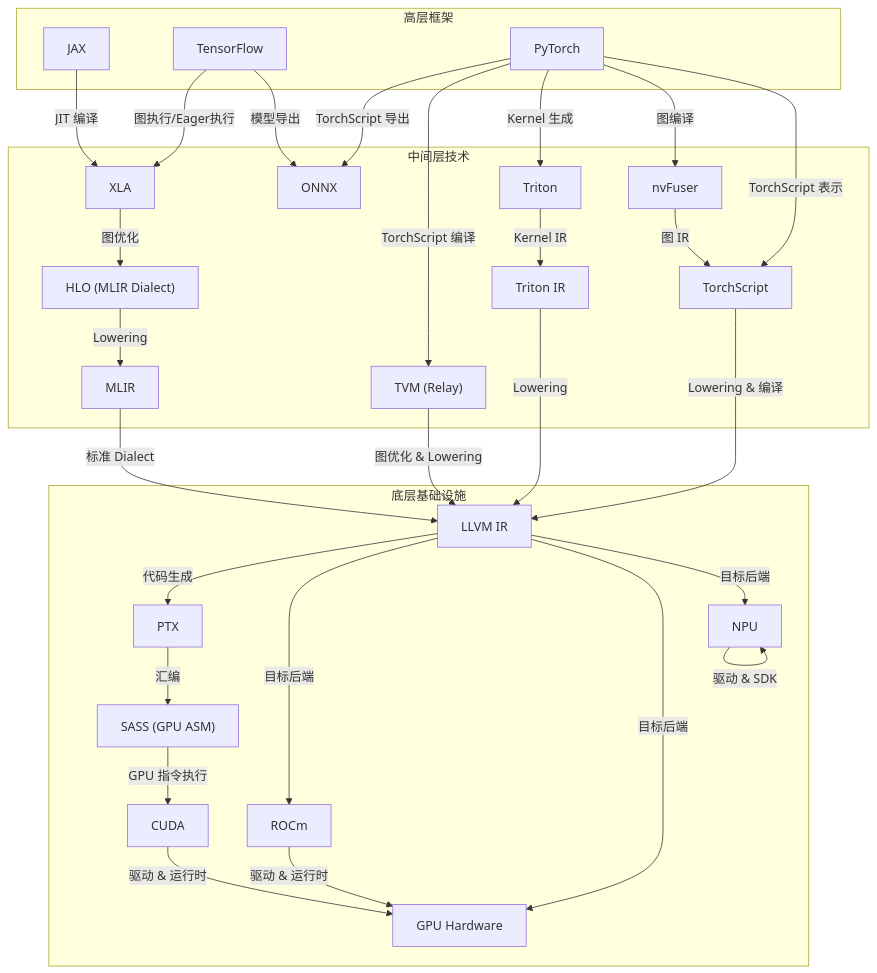
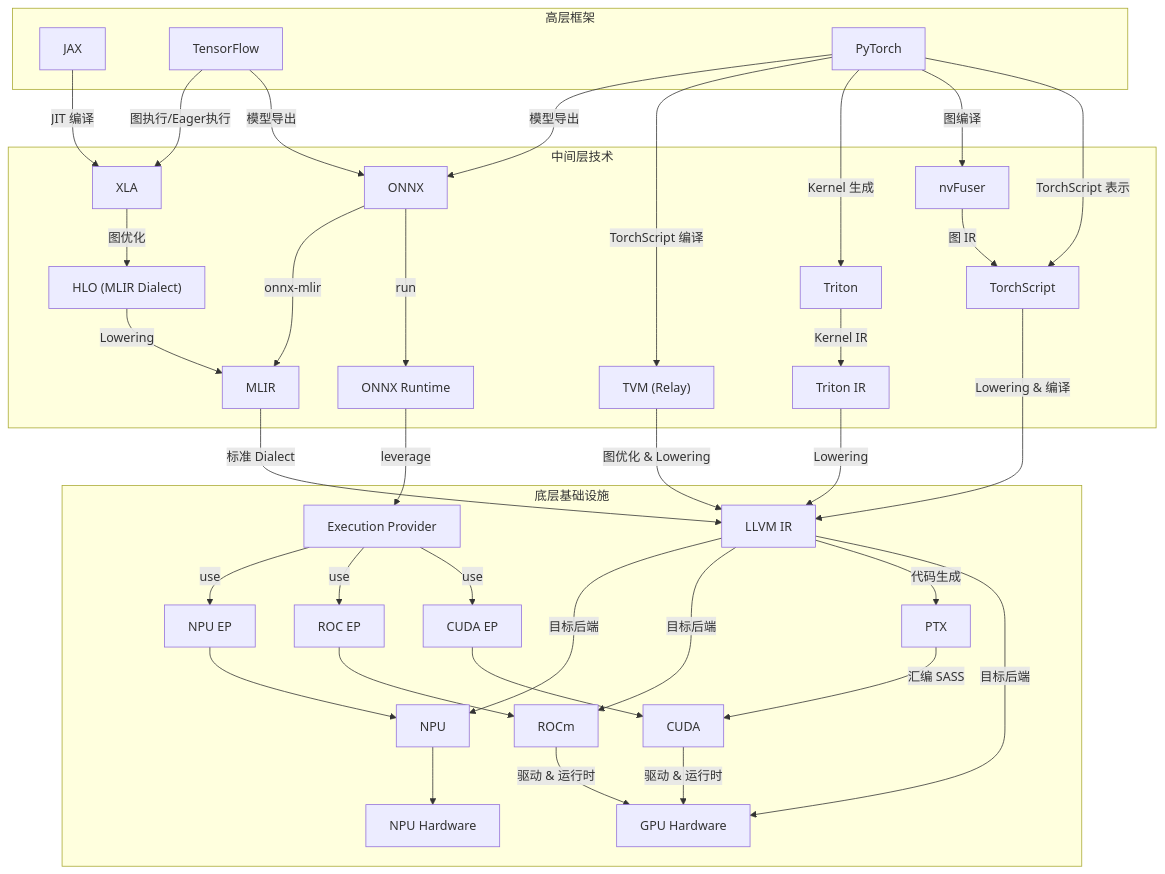
The diagram in content/posts/compiler/gpu.md (douyixuan/douyixuan.github.io), drawn with Mermaid before and after one commit. The commit also changed other lines of this file, not shown here.

Commit message:
doc: add gpu tecnical stack research

````diff
--- a/content/posts/compiler/gpu.md
+++ b/content/posts/compiler/gpu.md
@@ -23,67 +25,78 @@
 ```mermaid
 graph TD
-    %% ──────── 高层框架 ────────
     subgraph 高层框架
-        JAX[JAX]
-        TF[TensorFlow]
-        PT[PyTorch]
+        JAX[JAX];
+        TF[TensorFlow];
+        PT[PyTorch];
     end
 
-    %% ──────── 中间层技术 ────────
     subgraph 中间层技术
-        MLIR[MLIR]
-        Triton[Triton]
-        ONNX[ONNX]
-        TVM["TVM (Relay)"]
-        XLA[XLA]
-        HLO["HLO (MLIR Dialect)"]
-        TritonIR[Triton IR]
-        TorchScript
-        nvFuser
+        MLIR[MLIR];
+        Triton[Triton];
+        ONNX[ONNX];
+        ORT[ONNX Runtime];
+        TVM["TVM (Relay)"];
+        XLA[XLA];
+        HLO["HLO (MLIR Dialect)"];
+        TritonIR[Triton IR];
+        TorchScript;
+        nvFuser;
     end
 
-    %% ──────── 底层基础设施 ────────
     subgraph 底层基础设施
-        LLVM[LLVM IR]
-        PTX
-        SASS["SASS (GPU ASM)"]
-        CUDA[CUDA]
-        ROCm
-        GPU[GPU Hardware]
-        NPU
+        LLVM[LLVM IR];
+        PTX;
+        EP[Execution Provider];
+        CUDA[CUDA];
+        ROCm;
+        NPU;
+        NPUHD[NPU Hardware];
+        CUDAEP[CUDA EP];
+        ROCmEP[ROC EP];
+        NPUEP[NPU EP];
+        GPU[GPU Hardware];
     end
 
-    %% ──────── 框架到编译技术关系 ────────
-    TF -- "图执行/Eager执行" --> XLA
-    TF -- "模型导出" --> ONNX
-    JAX -- "JIT 编译" --> XLA
-    PT -- "TorchScript 导出" --> ONNX
-    PT -- "TorchScript 编译" --> TVM
-    PT -- "Kernel 生成" --> Triton
-    PT -- "图编译" --> nvFuser
-    PT -- "TorchScript 表示" --> TorchScript
+    TF -- "图执行/Eager执行" --> XLA;
+    TF -- "模型导出" --> ONNX;
+    JAX -- "JIT 编译" --> XLA;
+    PT -- "模型导出" --> ONNX;
+    PT -- "TorchScript 编译" --> TVM;
+    PT -- "Kernel 生成" --> Triton;
+    PT -- "图编译" --> nvFuser;
+    PT -- "TorchScript 表示" --> TorchScript;
 
-    XLA -- "图优化" --> HLO
-    HLO -- "Lowering" --> MLIR
-    MLIR -- "标准 Dialect" --> LLVM
-    TVM -- "图优化 & Lowering" --> LLVM
+    XLA -- "图优化" --> HLO;
+    HLO -- "Lowering" --> MLIR;
+    ONNX -- "onnx-mlir" --> MLIR;
+    ONNX -- "run" --> ORT;
+    ORT -- "leverage" --> EP;
+    MLIR -- "标准 Dialect" --> LLVM;
+    TVM -- "图优化 & Lowering" --> LLVM;
 
-    %% ──────── Triton & nvFuser 编译路径 ────────
-    Triton -- "Kernel IR" --> TritonIR
-    TritonIR -- "Lowering" --> LLVM
-    nvFuser -- "图 IR" --> TorchScript
-    TorchScript -- "Lowering & 编译" --> LLVM
+    Triton -- "Kernel IR" --> TritonIR;
+    TritonIR -- "Lowering" --> LLVM;
+    nvFuser -- "图 IR" --> TorchScript;
+    TorchScript -- "Lowering & 编译" --> LLVM;
+  
+    LLVM -- "目标后端" --> NPU;
+    NPU --> NPUHD;
 
-    %% ──────── 后端编译 & 执行 ────────
-    LLVM -- "代码生成" --> PTX
-    PTX -- "汇编" --> SASS
-    SASS -- "GPU 指令执行" --> CUDA
-    CUDA -- "驱动 & 运行时" --> GPU
+    LLVM -- "目标后端" --> ROCm;
 
-    %% ──────── 平台支持 ────────
-    LLVM -- "目标后端" --> ROCm
-    LLVM -- "目标后端" --> GPU
-    LLVM -- "目标后端" --> NPU
-    ROCm -- "驱动 & 运行时" --> GPU
-    NPU  -- "驱动 & SDK" --> NPU
+    LLVM -- "代码生成" --> PTX;
+    PTX -- "汇编 SASS" --> CUDA;
+    CUDA -- "驱动 & 运行时" --> GPU;
+
+    LLVM -- "目标后端" --> GPU;
+  
+    EP -- "use" --> NPUEP;
+    EP -- "use" --> ROCmEP;
+    EP -- "use" --> CUDAEP;
+
+    NPUEP --> NPU;
+    ROCmEP --> ROCm;
+    CUDAEP --> CUDA;
+  
+    ROCm -- "驱动 & 运行时" --> GPU;
 ```
````
